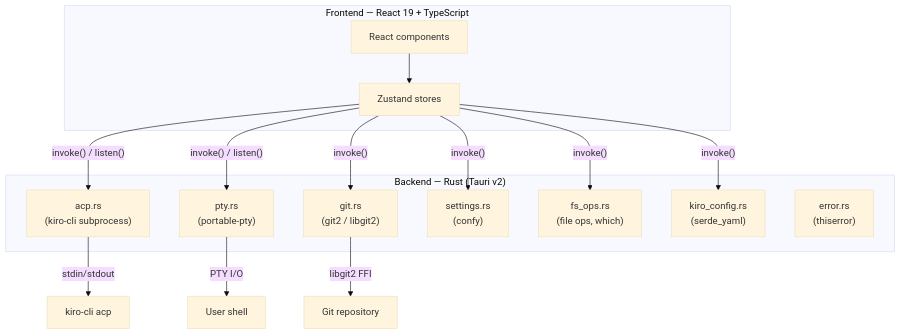
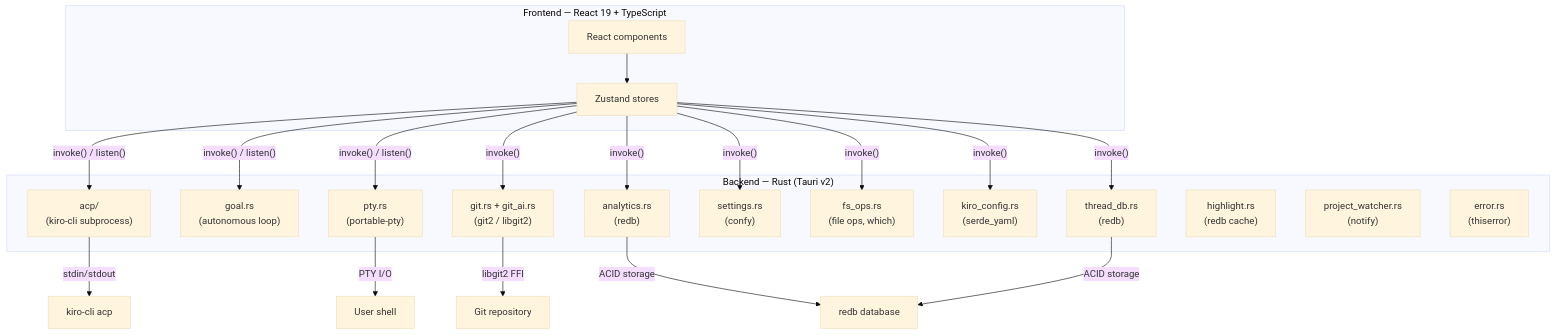
The first of 2 diagrams in docs/architecture.md (thabti/kirodex), drawn with Mermaid (base theme) before and after one commit. The commit also changed other lines of this file and 4 other files, not shown here.

Commit message:
docs: update architecture, ipc reference, keyboard shortcuts and add dev guides

````diff
--- a/docs/architecture.md
+++ b/docs/architecture.md
@@ -7,29 +7,39 @@
 ```mermaid
 graph TD
   subgraph Frontend["Frontend — React 19 + TypeScript"]
     Zustand["Zustand stores"]
     Components["React components"]
     Components --> Zustand
   end
 
   subgraph Backend["Backend — Rust (Tauri v2)"]
-    ACP["acp.rs\n(kiro-cli subprocess)"]
+    ACP["acp/\n(kiro-cli subprocess)"]
+    Goal["goal.rs\n(autonomous loop)"]
     PTY["pty.rs\n(portable-pty)"]
-    Git["git.rs\n(git2 / libgit2)"]
+    Git["git.rs + git_ai.rs\n(git2 / libgit2)"]
+    Analytics["analytics.rs\n(redb)"]
     Settings["settings.rs\n(confy)"]
     FsOps["fs_ops.rs\n(file ops, which)"]
     KiroConfig["kiro_config.rs\n(serde_yaml)"]
+    ThreadDB["thread_db.rs\n(redb)"]
+    Highlight["highlight.rs\n(redb cache)"]
+    ProjectWatcher["project_watcher.rs\n(notify)"]
     Error["error.rs\n(thiserror)"]
   end
 
   Zustand -- "invoke() / listen()" --> ACP
+  Zustand -- "invoke() / listen()" --> Goal
   Zustand -- "invoke() / listen()" --> PTY
   Zustand -- "invoke()" --> Git
+  Zustand -- "invoke()" --> Analytics
   Zustand -- "invoke()" --> Settings
   Zustand -- "invoke()" --> FsOps
   Zustand -- "invoke()" --> KiroConfig
+  Zustand -- "invoke()" --> ThreadDB
 
   ACP -- "stdin/stdout" --> KiroCLI["kiro-cli acp"]
   PTY -- "PTY I/O" --> Shell["User shell"]
   Git -- "libgit2 FFI" --> Repo["Git repository"]
+  Analytics -- "ACID storage" --> ReDB["redb database"]
+  ThreadDB -- "ACID storage" --> ReDB
 ```
````
